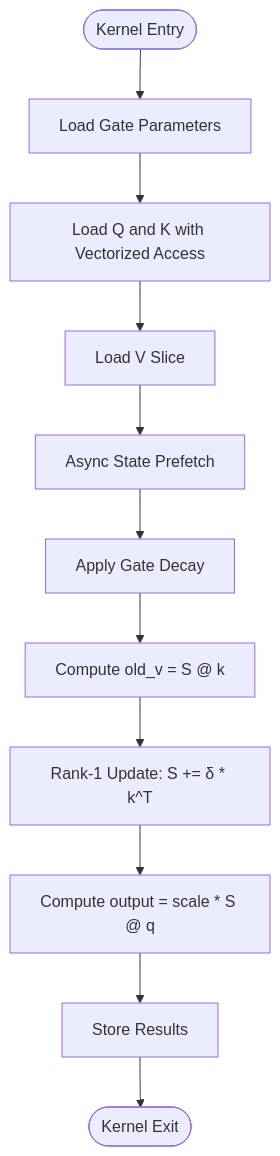
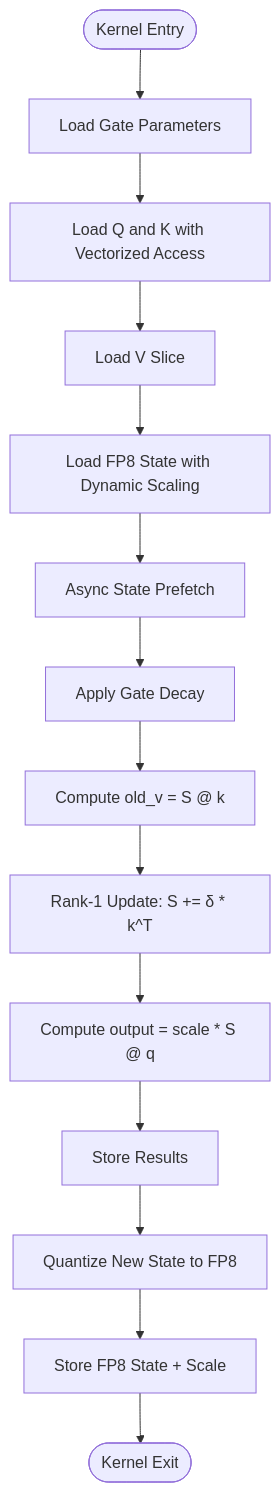
One commit to gugudeshubao/flashinfer-bench-tma-thrust changed the second of 12 diagrams in .qoder/repowiki/en/content/Core Kernels/PTX Inline Assembly Kernel Framework.md. Above: the diagram before and after it, drawn with Mermaid. The commit also changed other lines of this file and 7 other files, not shown here.

````diff
--- a/.qoder/repowiki/en/content/Core Kernels/PTX Inline Assembly Kernel Framework.md
+++ b/.qoder/repowiki/en/content/Core Kernels/PTX Inline Assembly Kernel Framework.md
@@ -85,13 +102,16 @@
 ```mermaid
 flowchart TD
 Start([Kernel Entry]) --> LoadGates[Load Gate Parameters]
 LoadGates --> LoadQK[Load Q and K with Vectorized Access]
 LoadQK --> LoadV[Load V Slice]
-LoadV --> AsyncPrefetch[Async State Prefetch]
+LoadV --> LoadState[Load FP8 State with Dynamic Scaling]
+LoadState --> AsyncPrefetch[Async State Prefetch]
 AsyncPrefetch --> ApplyDecay[Apply Gate Decay]
 ApplyDecay --> ComputeOldV[Compute old_v = S @ k]
 ComputeOldV --> RankUpdate[Rank-1 Update: S += δ * k^T]
 RankUpdate --> ComputeOutput[Compute output = scale * S @ q]
 ComputeOutput --> StoreOutput[Store Results]
-StoreOutput --> End([Kernel Exit])
+StoreOutput --> QuantizeState[Quantize New State to FP8]
+QuantizeState --> StoreState[Store FP8 State + Scale]
+StoreState --> End([Kernel Exit])
 ```
````
